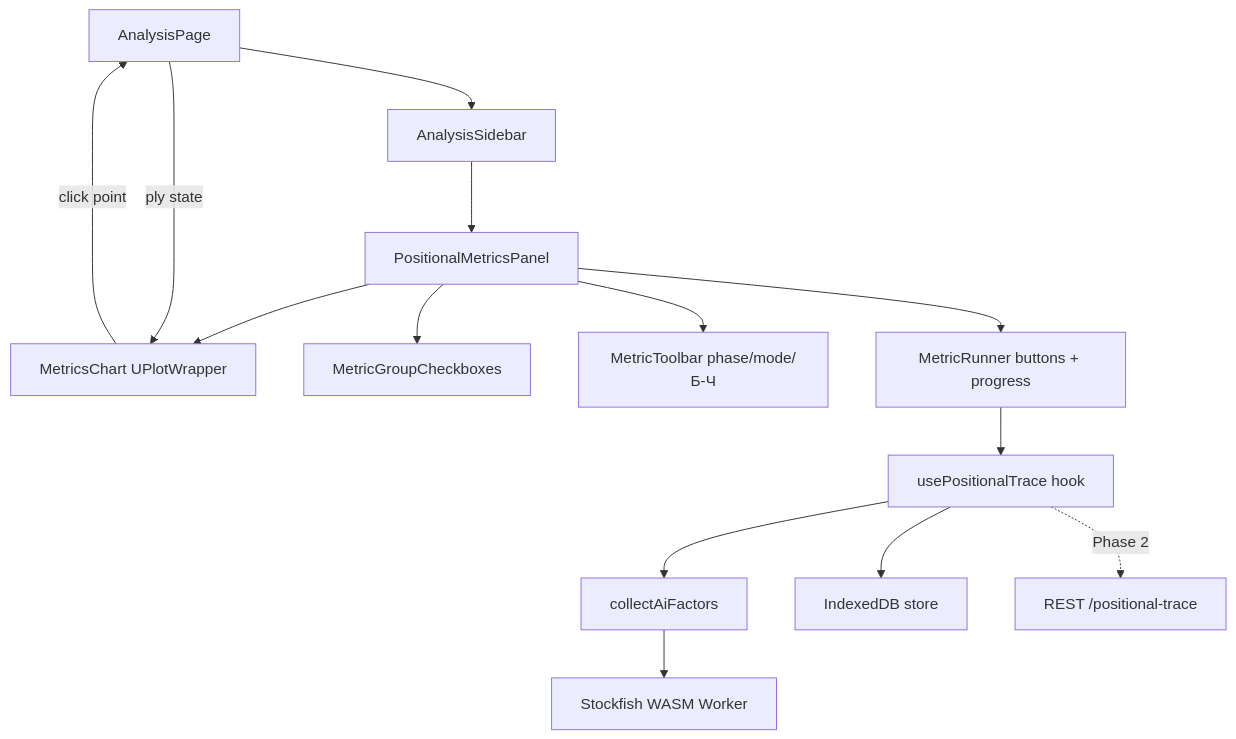
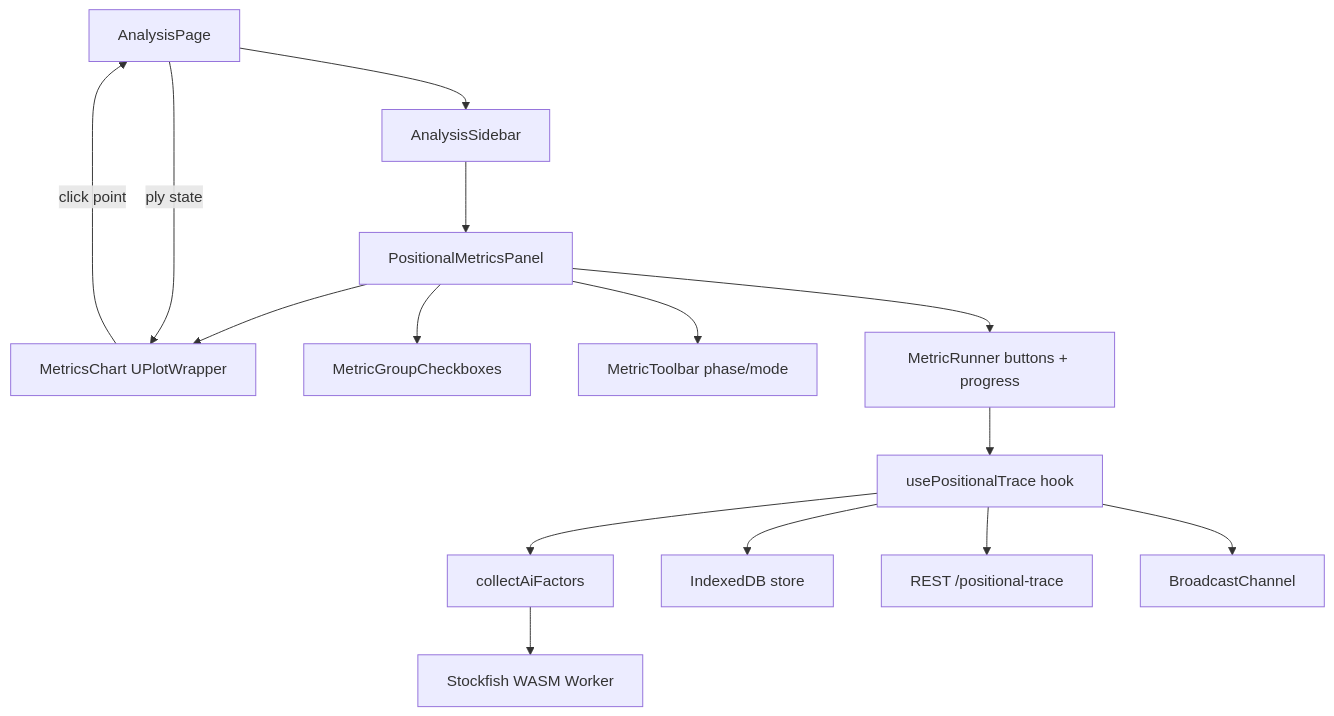
The second of 3 diagrams in docs/adr/122-positional-metrics-game-analytics.md (StasPiv/kingside), drawn with Mermaid before and after one commit. The commit also changed other lines of this file, not shown here.

````diff
--- a/docs/adr/122-positional-metrics-game-analytics.md
+++ b/docs/adr/122-positional-metrics-game-analytics.md
@@ -521,16 +462,17 @@
 ```mermaid
 graph TD
     AP[AnalysisPage] --> AS[AnalysisSidebar]
     AS --> MP[PositionalMetricsPanel]
     MP --> MC[MetricsChart UPlotWrapper]
     MP --> MG[MetricGroupCheckboxes]
-    MP --> MT[MetricToolbar phase/mode/Б-Ч]
+    MP --> MT[MetricToolbar phase/mode]
     MP --> MR[MetricRunner buttons + progress]
     MR --> UPT[usePositionalTrace hook]
     UPT --> CAF[collectAiFactors]
     UPT --> IDB[IndexedDB store]
-    UPT -.Phase 2.-> API[REST /positional-trace]
+    UPT --> API[REST /positional-trace]
+    UPT --> BC[BroadcastChannel]
     CAF --> SW[Stockfish WASM Worker]
     MC -->|click point| AP
     AP -->|ply state| MC
 ```
````
